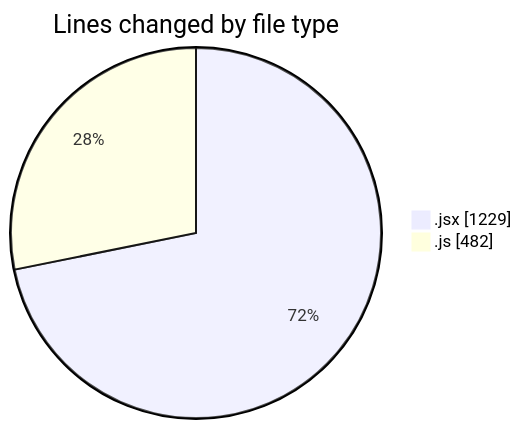
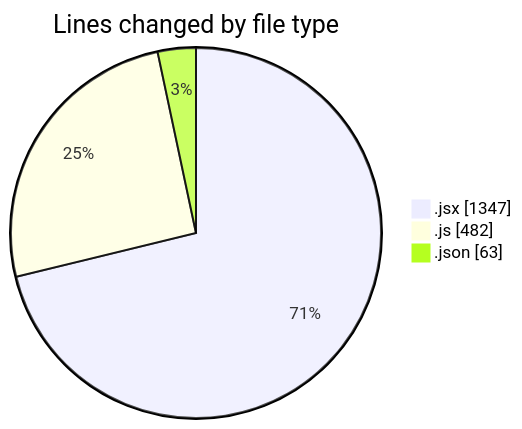
One commit to nxtqubesakshisongat/code-tracking changed the first of 2 diagrams in 2025-08-18/nxtqube_webapp/README.md. Above: the diagram before and after it, drawn with Mermaid. The commit also changed other lines of this file and 1 other file, not shown here.

````diff
--- a/2025-08-18/nxtqube_webapp/README.md
+++ b/2025-08-18/nxtqube_webapp/README.md
@@ -24,6 +26,7 @@
 ```mermaid
 pie showData
 title Lines changed by file type
-".jsx" : 1229
+".jsx" : 1347
 ".js" : 482
+".json" : 63
 ```
````
